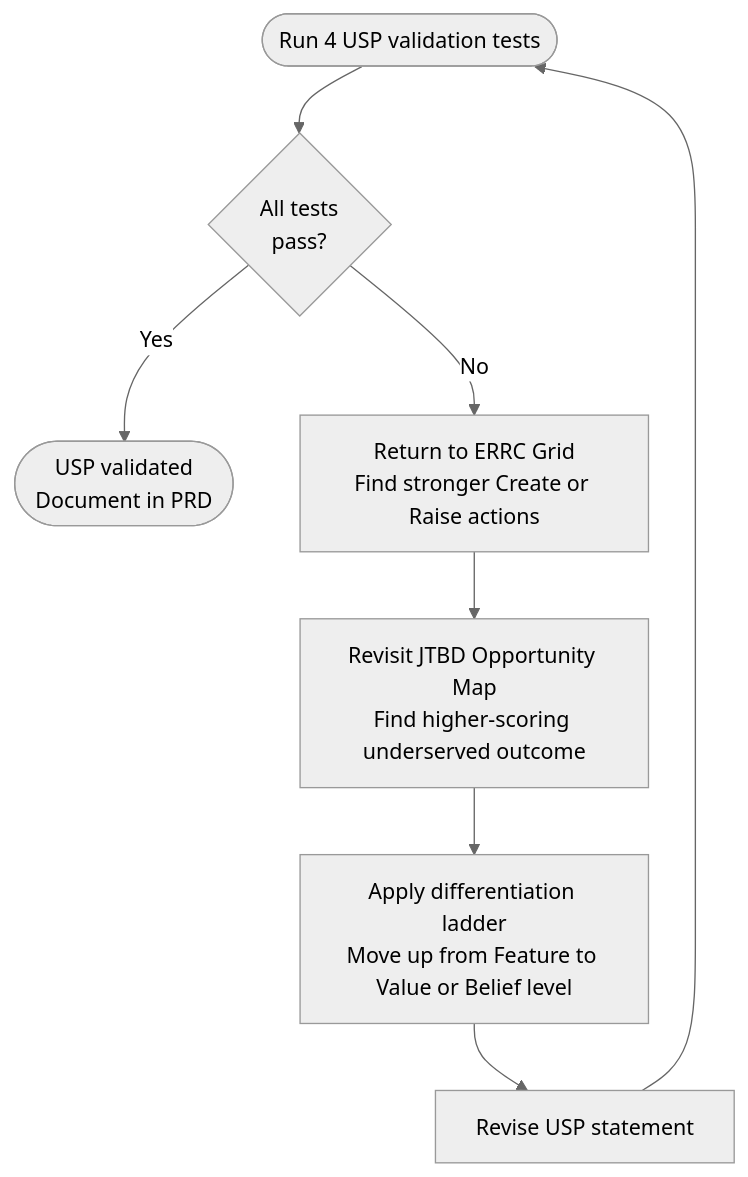
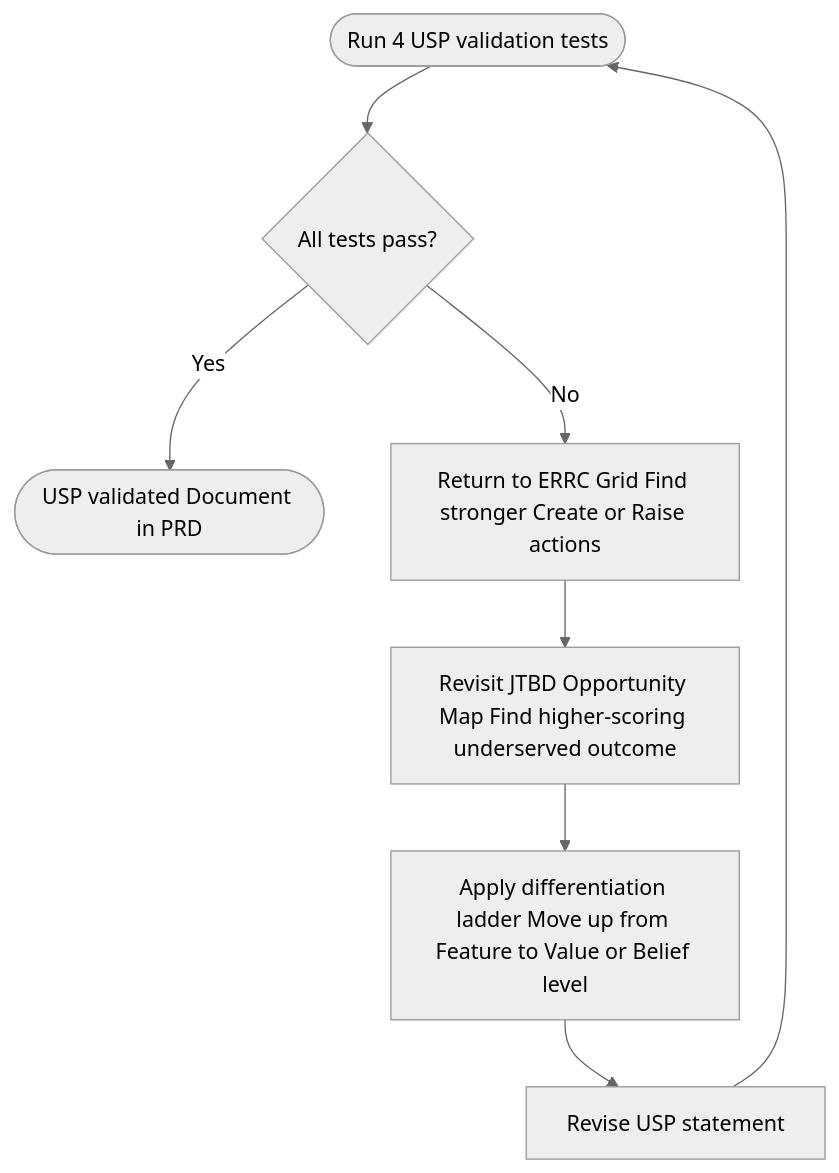
Before and after one commit to ivanyeors/product-agentic-templates: the second of 2 diagrams in .cursor/skills/01-product-discovery/research-guide.md, drawn with Mermaid (neutral theme). The commit also changed other lines of this file and 39 other files, not shown here.

````diff
--- a/.cursor/skills/01-product-discovery/research-guide.md
+++ b/.cursor/skills/01-product-discovery/research-guide.md
@@ -351,10 +351,10 @@
 ```mermaid
 flowchart TD
-    tests([Run 4 USP validation tests]) --> result{All tests\npass?}
-    result -->|Yes| done([USP validated\nDocument in PRD])
-    result -->|No| errc[Return to ERRC Grid\nFind stronger Create or Raise actions]
-    errc --> jtbd[Revisit JTBD Opportunity Map\nFind higher-scoring underserved outcome]
-    jtbd --> ladder[Apply differentiation ladder\nMove up from Feature to Value or Belief level]
+    tests([Run 4 USP validation tests]) --> result{All tests pass?}
+    result -->|Yes| done([USP validated Document in PRD])
+    result -->|No| errc[Return to ERRC Grid Find stronger Create or Raise actions]
+    errc --> jtbd[Revisit JTBD Opportunity Map Find higher-scoring underserved outcome]
+    jtbd --> ladder[Apply differentiation ladder Move up from Feature to Value or Belief level]
     ladder --> revise[Revise USP statement]
     revise --> tests
 ```
````
